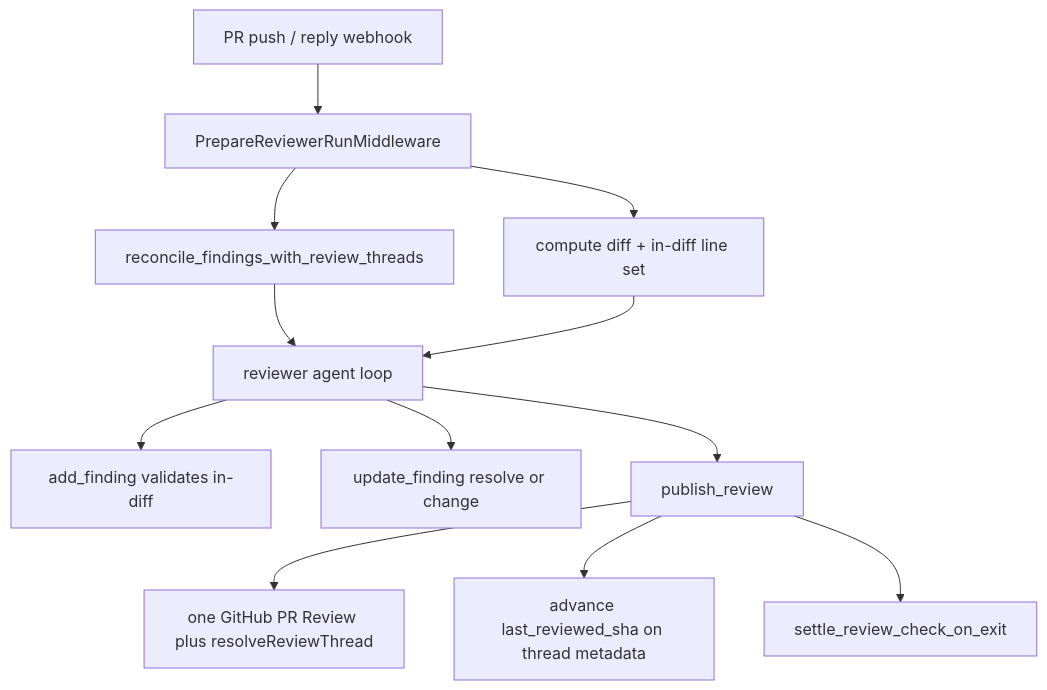
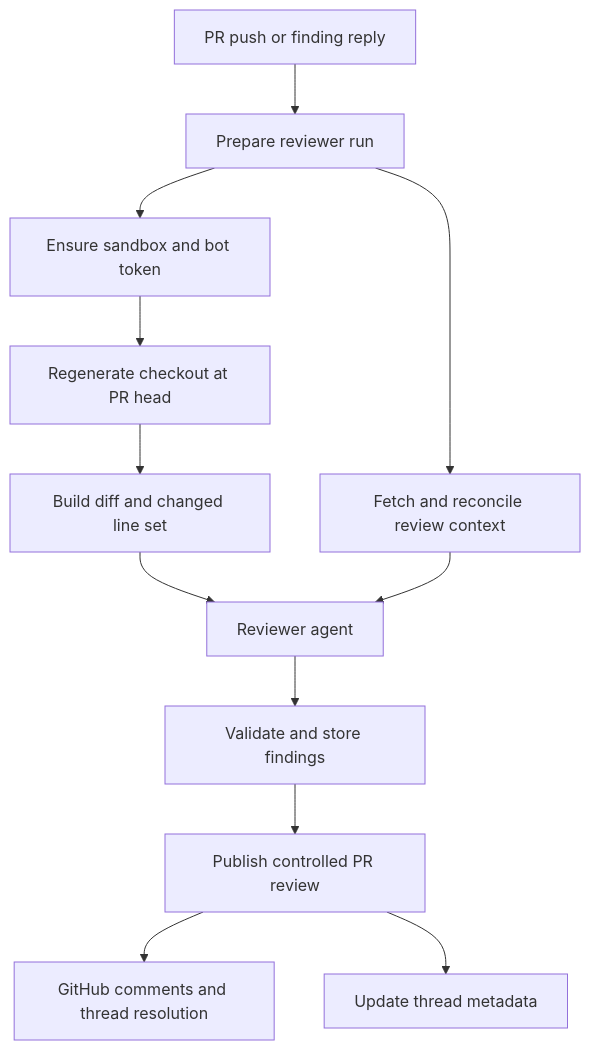
One commit to langchain-ai/open-swe changed the first of 2 diagrams in openwiki/architecture/reviewer-and-analyzer.md. Above: the diagram before and after it, drawn with Mermaid. The commit also changed other lines of this file and 52 other files, not shown here.

````diff
--- a/openwiki/architecture/reviewer-and-analyzer.md
+++ b/openwiki/architecture/reviewer-and-analyzer.md
@@ -221,14 +75,14 @@
 ```mermaid
 flowchart TD
-    W["PR push / reply webhook"] --> P["PrepareReviewerRunMiddleware"]
-    P --> R["reconcile_findings_with_review_threads"]
-    P --> D["compute diff + in-diff line set"]
-    R --> A["reviewer agent loop"]
-    D --> A
-    A --> AF["add_finding validates in-diff"]
-    A --> UF["update_finding resolve or change"]
-    A --> PUB["publish_review"]
-    PUB --> GH["one GitHub PR Review plus resolveReviewThread"]
-    PUB --> M["advance last_reviewed_sha on thread metadata"]
-    PUB --> C["settle_review_check_on_exit"]
+    Trigger["PR push or finding reply"] --> Prep["Prepare reviewer run"]
+    Prep --> Sandbox["Ensure sandbox and bot token"]
+    Sandbox --> Checkout["Regenerate checkout at PR head"]
+    Checkout --> Diff["Build diff and changed line set"]
+    Prep --> Context["Fetch and reconcile review context"]
+    Diff --> Agent["Reviewer agent"]
+    Context --> Agent
+    Agent --> Findings["Validate and store findings"]
+    Findings --> Publish["Publish controlled PR review"]
+    Publish --> GitHub["GitHub comments and thread resolution"]
+    Publish --> Durable["Update thread metadata"]
 ```
````
